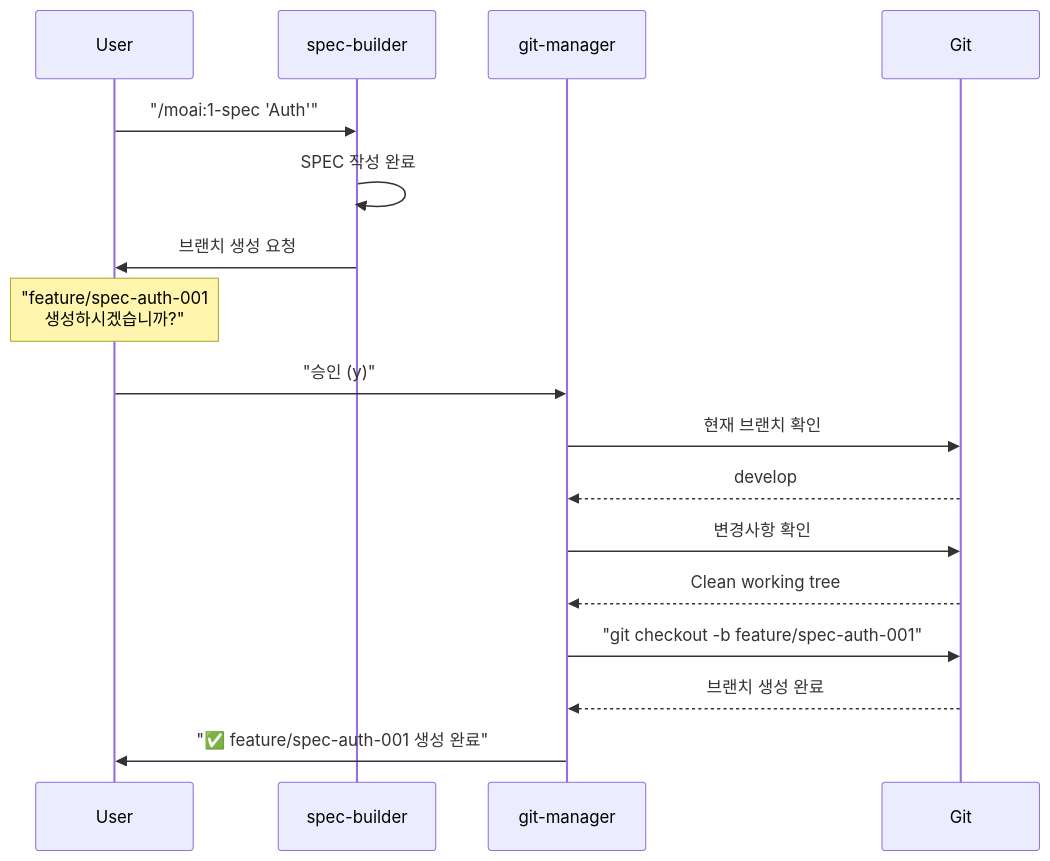
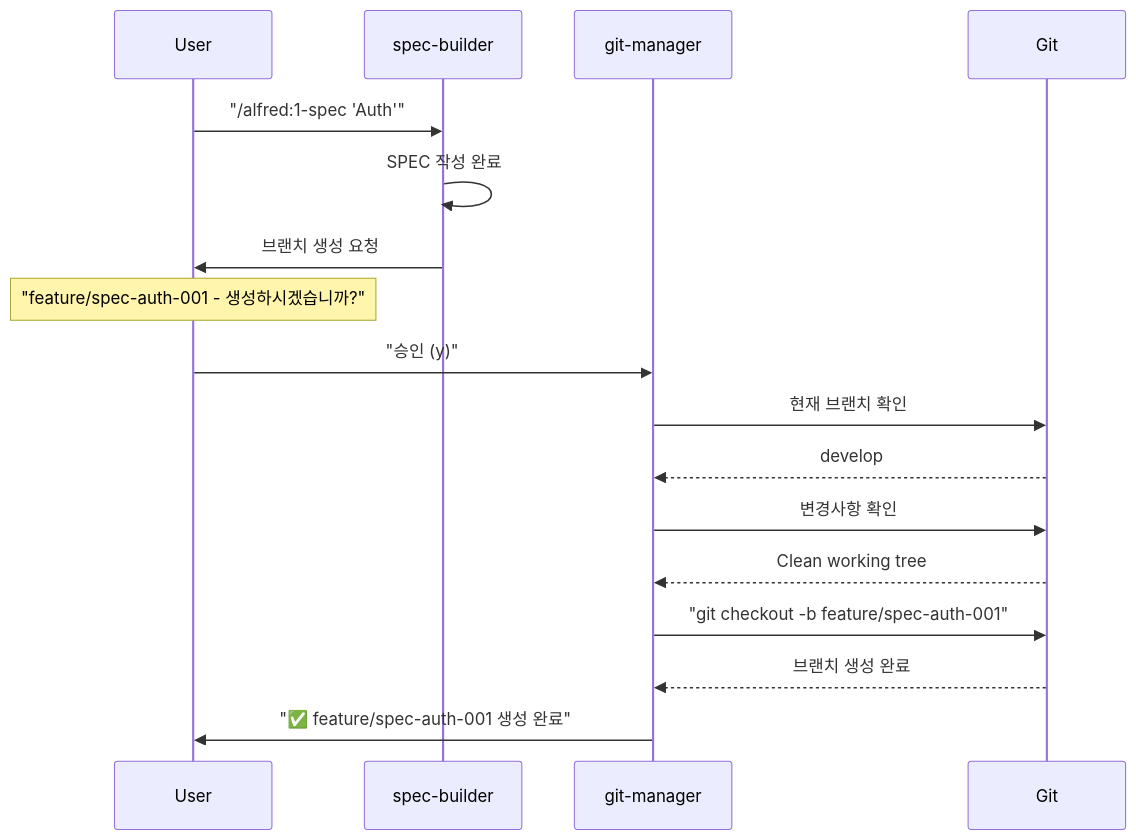
One commit to modu-ai/moai-adk changed the fourth of 6 diagrams in docs/claude/agents/git-manager.md. Above: the diagram before and after it, drawn with Mermaid. The commit also changed other lines of this file and 447 other files, not shown here.

````diff
--- a/docs/claude/agents/git-manager.md
+++ b/docs/claude/agents/git-manager.md
@@ -180,26 +180,26 @@
 ```mermaid
 sequenceDiagram
     participant User
     participant SB as spec-builder
     participant GM as git-manager
     participant Git
 
-    User->>SB: "/moai:1-spec 'Auth'"
+    User->>SB: "/alfred:1-spec 'Auth'"
     SB->>SB: SPEC 작성 완료
 
     SB->>User: 브랜치 생성 요청
-    Note over User: "feature/spec-auth-001<br/>생성하시겠습니까?"
+    Note over User: "feature/spec-auth-001 - 생성하시겠습니까?"
 
     User->>GM: "승인 (y)"
 
     GM->>Git: 현재 브랜치 확인
     Git-->>GM: develop
 
     GM->>Git: 변경사항 확인
     Git-->>GM: Clean working tree
 
     GM->>Git: "git checkout -b feature/spec-auth-001"
     Git-->>GM: 브랜치 생성 완료
 
     GM->>User: "✅ feature/spec-auth-001 생성 완료"
 ```
````
